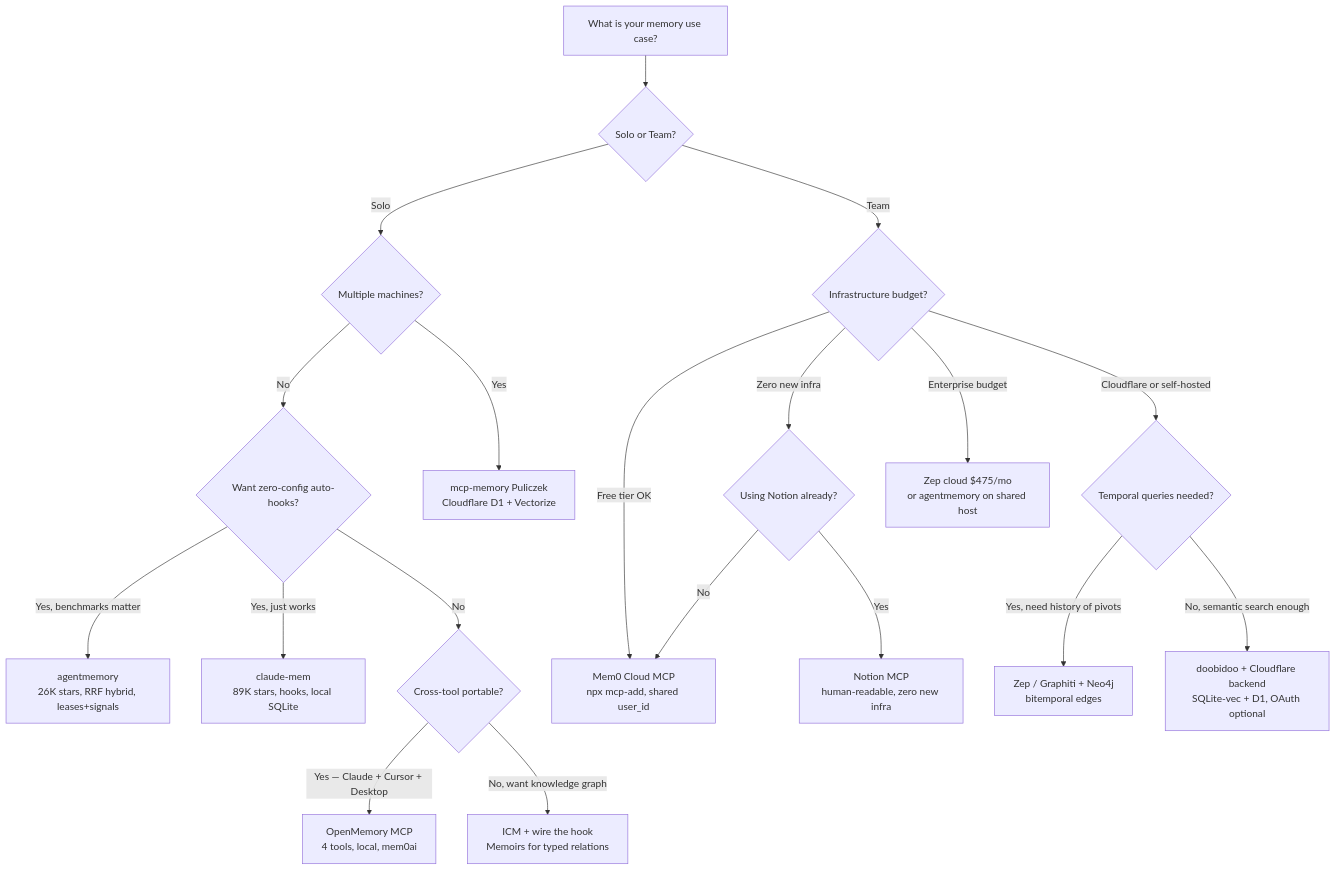
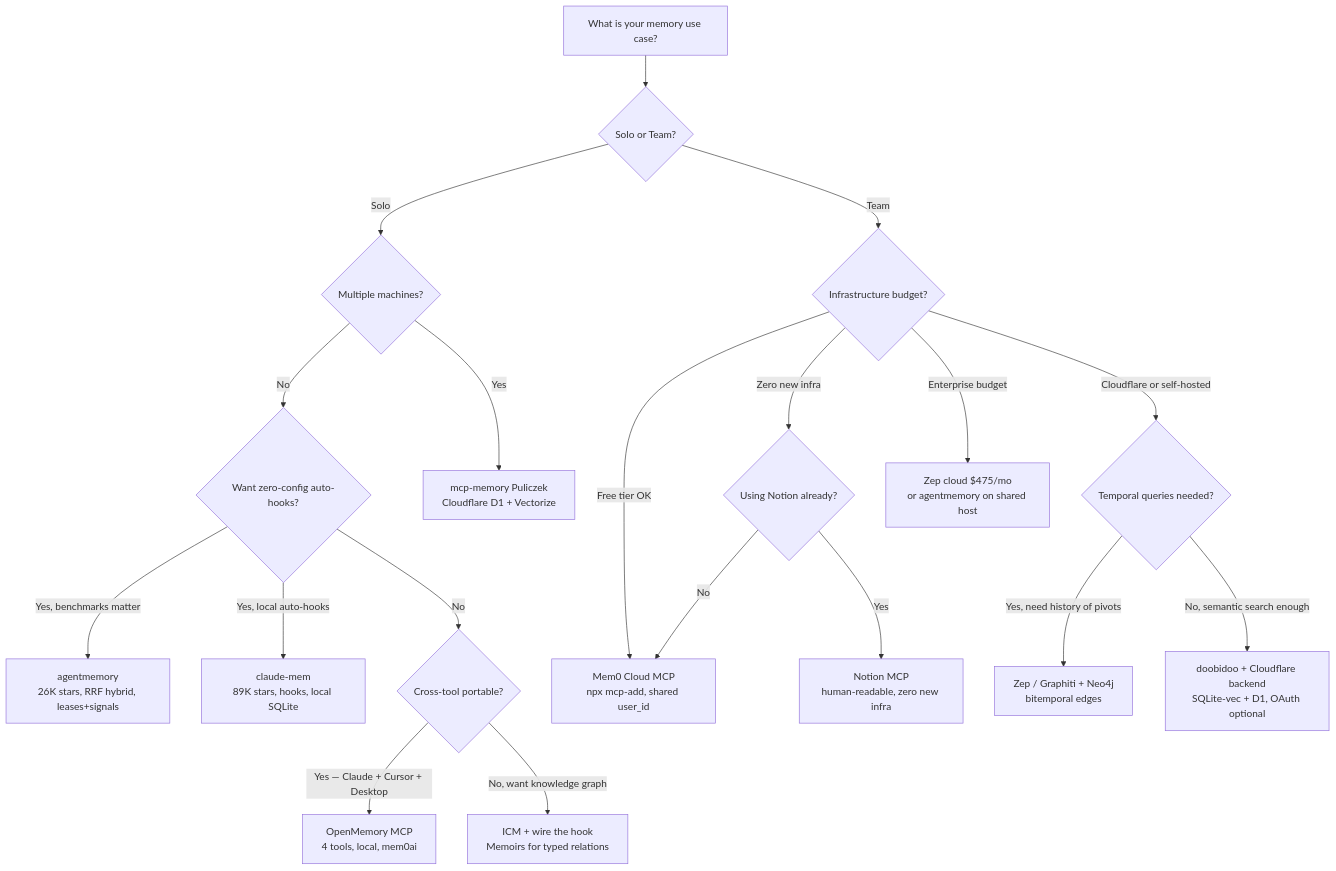
The diagram in guide/core/memory-systems.md (FlorianBruniaux/claude-code-ultimate-guide), drawn with Mermaid before and after one commit. The commit also changed other lines of this file and 1 other file, not shown here.

First line of the commit message:
docs(memory-systems): fix claude-mem license and cross-link field audit

````diff
--- a/guide/core/memory-systems.md
+++ b/guide/core/memory-systems.md
@@ -957,28 +959,28 @@
 ```mermaid
 flowchart TD
     A[What is your memory use case?] --> B{Solo or Team?}
 
     B -->|Solo| C{Multiple machines?}
     B -->|Team| T{Infrastructure budget?}
 
     C -->|No| D{Want zero-config auto-hooks?}
     C -->|Yes| E[mcp-memory Puliczek\nCloudflare D1 + Vectorize]
 
     D -->|Yes, benchmarks matter| H[agentmemory\n26K stars, RRF hybrid, leases+signals]
-    D -->|Yes, just works| I[claude-mem\n89K stars, hooks, local SQLite]
+    D -->|Yes, local auto-hooks| I[claude-mem\n89K stars, hooks, local SQLite]
     D -->|No| G{Cross-tool portable?}
 
     G -->|Yes — Claude + Cursor + Desktop| J[OpenMemory MCP\n4 tools, local, mem0ai]
     G -->|No, want knowledge graph| K[ICM + wire the hook\nMemoirs for typed relations]
 
     T -->|Zero new infra| U{Using Notion already?}
     T -->|Free tier OK| V[Mem0 Cloud MCP\nnpx mcp-add, shared user_id]
     T -->|Cloudflare or self-hosted| W{Temporal queries needed?}
     T -->|Enterprise budget| X[Zep cloud $475/mo\nor agentmemory on shared host]
 
     U -->|Yes| Y[Notion MCP\nhuman-readable, zero new infra]
     U -->|No| V
 
     W -->|Yes, need history of pivots| Z[Zep / Graphiti + Neo4j\nbitemporal edges]
     W -->|No, semantic search enough| AA[doobidoo + Cloudflare backend\nSQLite-vec + D1, OAuth optional]
 ```
````
